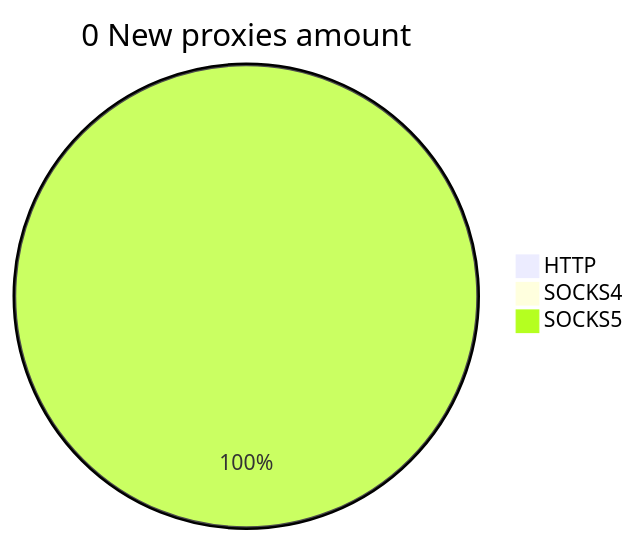
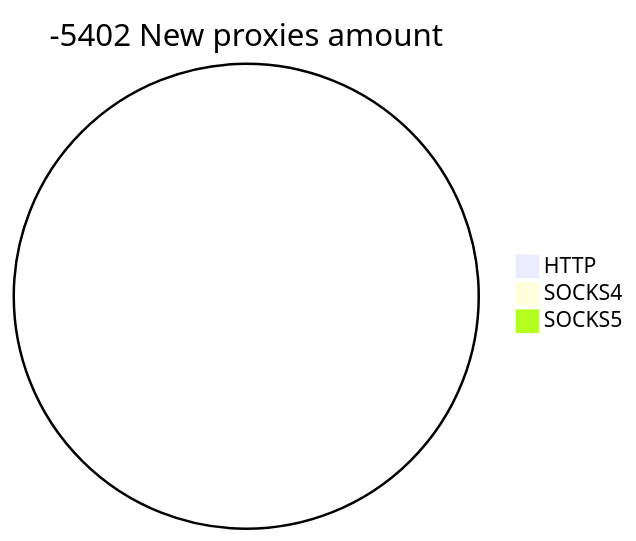
Before and after one commit to cutipu/proxylist: the second of 2 diagrams in README.md, drawn with Mermaid. The commit also changed other lines of this file, not shown here.

````diff
--- a/README.md
+++ b/README.md
@@ -10,6 +10,6 @@
 ```mermaid
-pie title 0 New proxies amount
+pie title -5402 New proxies amount
     "HTTP" : 0
     "SOCKS4" : 0
-    "SOCKS5" : 1
+    "SOCKS5" : 0
 ```
````
